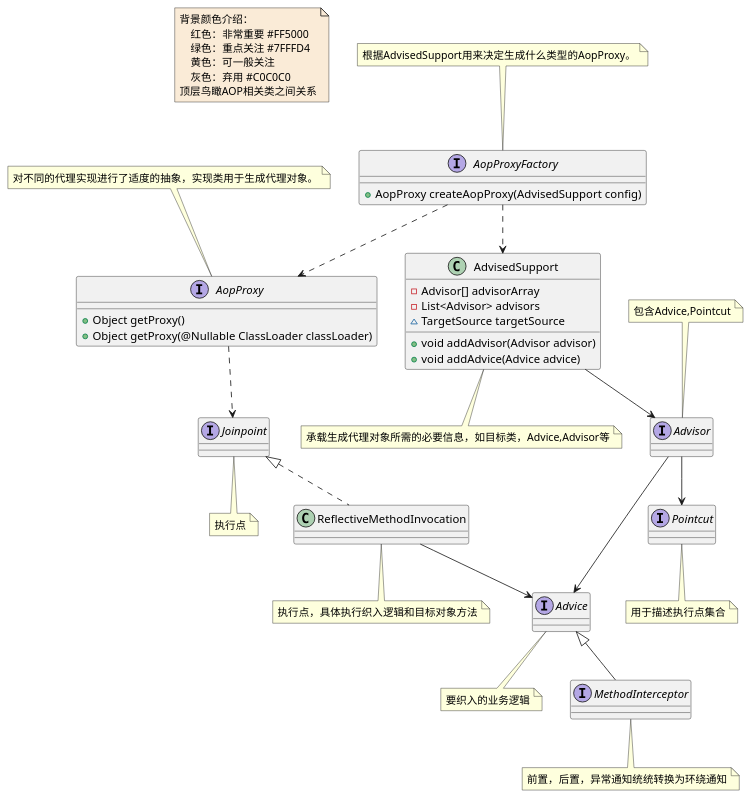
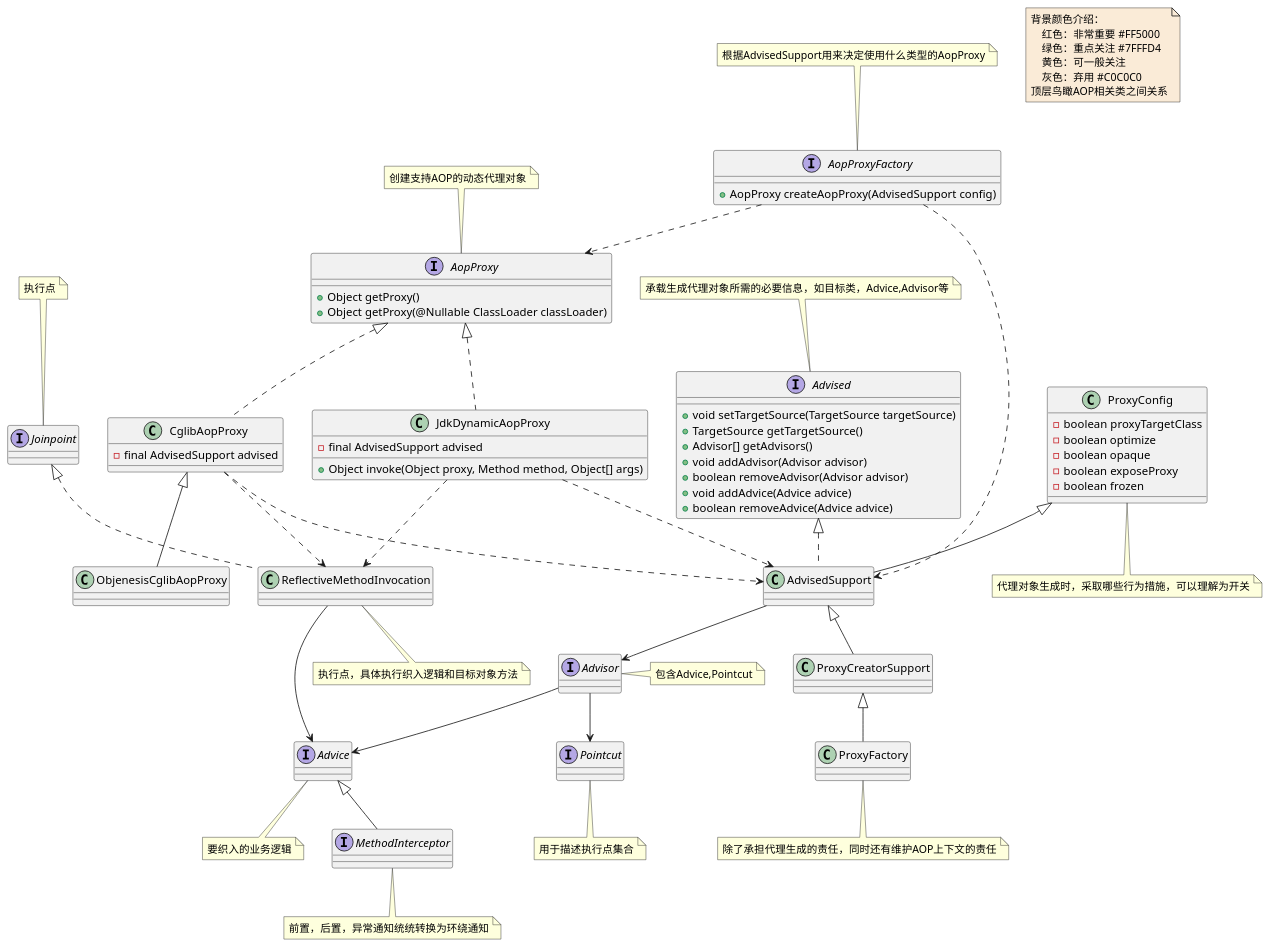
Before and after one commit to czwer/learn-spring-code: the diagram in document/spring/base/class/Top-Aerial-View-AOP-class.puml, drawn with PlantUML. The commit also changed 10 other files, not shown here.

```diff
--- a/document/spring/base/class/Top-Aerial-View-AOP-class.puml
+++ b/document/spring/base/class/Top-Aerial-View-AOP-class.puml
@@ -1,66 +1,109 @@
 @startuml
 
 note  as N1 #FAEBD7
     背景颜色介绍：
         红色：非常重要 #FF5000
         绿色：重点关注 #7FFFD4
         黄色：可一般关注
         灰色：弃用 #C0C0C0
     顶层鸟瞰AOP相关类之间关系
 end note
 
 interface Advice
 note bottom : 要织入的业务逻辑
 interface MethodInterceptor
 note bottom : 前置，后置，异常通知统统转换为环绕通知
 
+interface Advised
+Advised : +void setTargetSource(TargetSource targetSource)
+Advised : +TargetSource getTargetSource()
+Advised : +Advisor[] getAdvisors()
+Advised : +void addAdvisor(Advisor advisor)
+Advised : +boolean removeAdvisor(Advisor advisor)
+Advised : +void addAdvice(Advice advice)
+Advised : +boolean removeAdvice(Advice advice)
+note top : 承载生成代理对象所需的必要信息，如目标类，Advice,Advisor等
+
 
 class AdvisedSupport
-AdvisedSupport : -Advisor[] advisorArray
-AdvisedSupport : -List<Advisor> advisors
-AdvisedSupport : ~TargetSource targetSource
-AdvisedSupport : +void addAdvisor(Advisor advisor)
-AdvisedSupport : +void addAdvice(Advice advice)
-note bottom : 承载生成代理对象所需的必要信息，如目标类，Advice,Advisor等
 
 interface Advisor
-note top : 包含Advice,Pointcut
+note right : 包含Advice,Pointcut
 
 
 interface AopProxy
 AopProxy : +Object getProxy()
 AopProxy : +Object getProxy(@Nullable ClassLoader classLoader)
-note top : 对不同的代理实现进行了适度的抽象，实现类用于生成代理对象。
-
+note top : 创建支持AOP的动态代理对象
+class CglibAopProxy
+CglibAopProxy : -final AdvisedSupport advised
+class JdkDynamicAopProxy
+JdkDynamicAopProxy : +Object invoke(Object proxy, Method method, Object[] args)
+JdkDynamicAopProxy : -final AdvisedSupport advised
+class ObjenesisCglibAopProxy
 
 interface AopProxyFactory
 AopProxyFactory : +AopProxy createAopProxy(AdvisedSupport config)
-note top : 根据AdvisedSupport用来决定生成什么类型的AopProxy。
+note top : 根据AdvisedSupport用来决定使用什么类型的AopProxy
 
 interface Joinpoint
-note bottom : 执行点
+note top : 执行点
 class ReflectiveMethodInvocation
 note bottom : 执行点，具体执行织入逻辑和目标对象方法
 
 
 interface Pointcut
 note bottom : 用于描述执行点集合
 
+
+class ProxyCreatorSupport
+class ProxyConfig
+ProxyConfig : -boolean proxyTargetClass
+ProxyConfig : -boolean optimize
+ProxyConfig : -boolean opaque
+ProxyConfig : -boolean exposeProxy
+ProxyConfig : -boolean frozen
+note bottom : 代理对象生成时，采取哪些行为措施，可以理解为开关
+class ProxyFactory
+note bottom : 除了承担代理生成的责任，同时还有维护AOP上下文的责任
+
+
+
 Advice <|-- MethodInterceptor
 
+Advised <|.. AdvisedSupport
+
+AdvisedSupport <|-- ProxyCreatorSupport
 AdvisedSupport --> Advisor
 
 Advisor --> Advice
 Advisor --> Pointcut
 
 
-AopProxy ..> Joinpoint
+AopProxy <|.. CglibAopProxy
+AopProxy <|.. JdkDynamicAopProxy
+
 
 AopProxyFactory ..> AopProxy
 AopProxyFactory ..> AdvisedSupport
 
+CglibAopProxy <|-- ObjenesisCglibAopProxy
+CglibAopProxy ..> ReflectiveMethodInvocation
+CglibAopProxy ..> AdvisedSupport
+
+
+JdkDynamicAopProxy ..> ReflectiveMethodInvocation
+JdkDynamicAopProxy ..> AdvisedSupport
+
 Joinpoint <|.. ReflectiveMethodInvocation
+
+ProxyConfig <|-- AdvisedSupport
+
+ProxyCreatorSupport <|-- ProxyFactory
 
 ReflectiveMethodInvocation --> Advice
 
+
+
+
 @enduml
```
